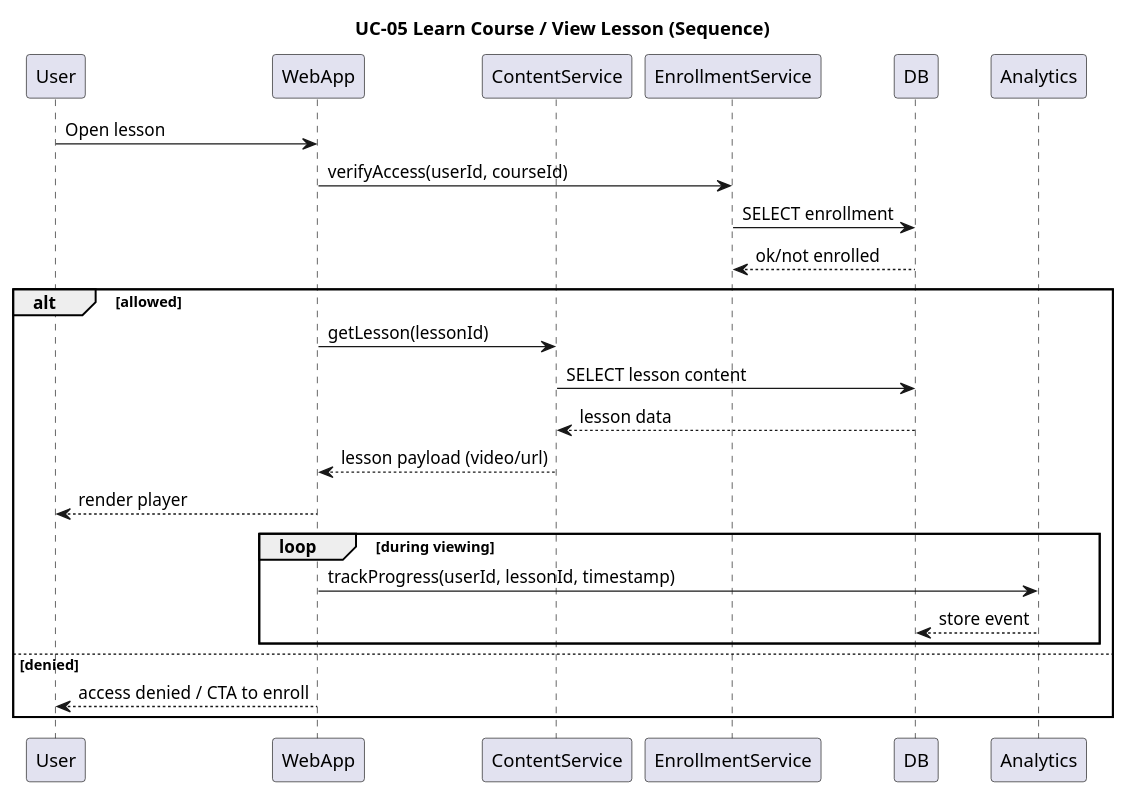
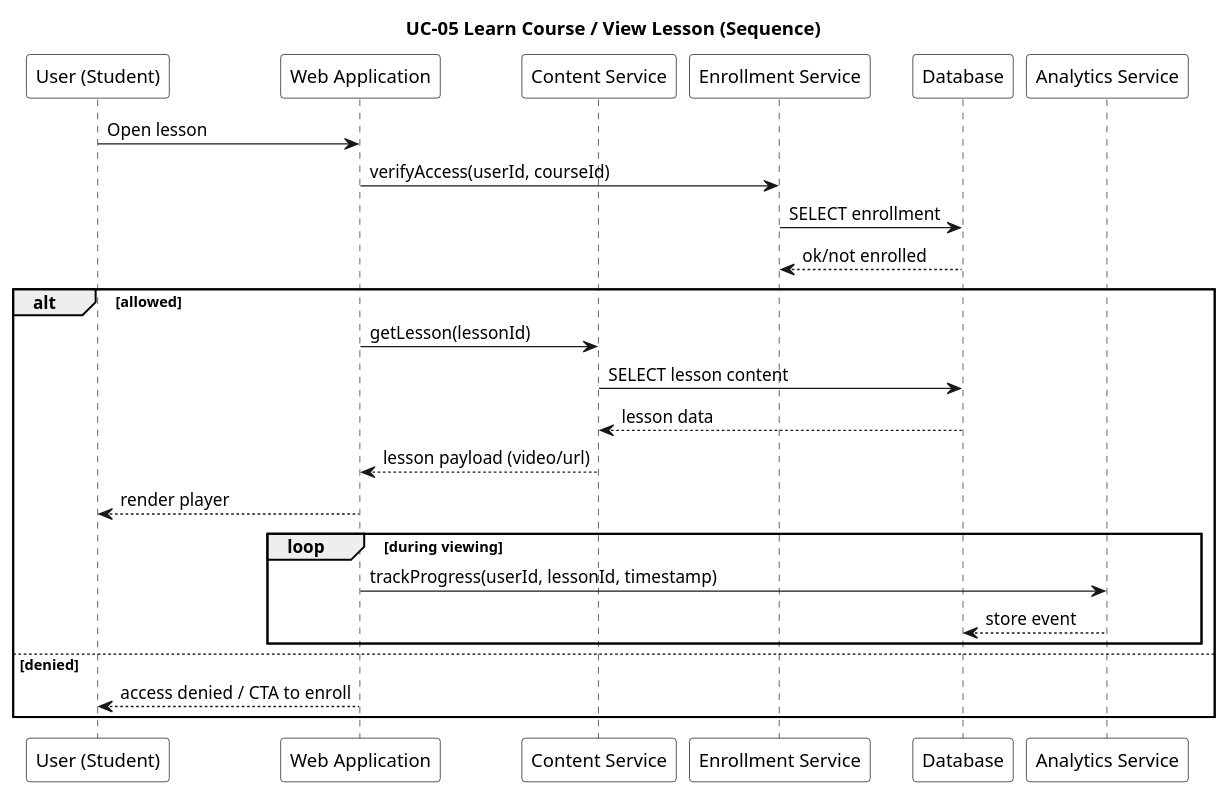
One commit to Huangphoux/uit-limousine changed the diagram in docs/Diagrams/Sequence/5. Learn Course  View Lesson/LearnCourseViewLesson.pu. Above: the diagram before and after it, drawn with PlantUML. The commit also changed 29 other files, not shown here.

```diff
--- a/docs/Diagrams/Sequence/5. Learn Course  View Lesson/LearnCourseViewLesson.pu
+++ b/docs/Diagrams/Sequence/5. Learn Course  View Lesson/LearnCourseViewLesson.pu
@@ -1,27 +1,38 @@
 @startuml
 title UC-05 Learn Course / View Lesson (Sequence)
-participant User
-participant WebApp
-participant ContentService
-participant EnrollmentService
-participant DB
-participant Analytics
+' Cấu hình giao diện để tránh lỗi chữ trắng nền trắng
+skinparam participant {
+    BackgroundColor White
+    BorderColor Black
+    FontColor Black
+}
 
+' Khai báo rõ ràng: "Tên hiển thị trên hình" as ID_dùng_trong_code
+participant "User (Student)" as User
+participant "Web Application" as WebApp
+participant "Content Service" as ContentService
+participant "Enrollment Service" as EnrollmentService
+participant "Database" as DB
+participant "Analytics Service" as Analytics
+
+' Logic giữ nguyên, dùng ID ngắn gọn
 User -> WebApp: Open lesson
 WebApp -> EnrollmentService: verifyAccess(userId, courseId)
 EnrollmentService -> DB: SELECT enrollment
 DB --> EnrollmentService: ok/not enrolled
+
 alt allowed
-WebApp -> ContentService: getLesson(lessonId)
-ContentService -> DB: SELECT lesson content
-DB --> ContentService: lesson data
-ContentService --> WebApp: lesson payload (video/url)
-WebApp --> User: render player
-loop during viewing
-WebApp -> Analytics: trackProgress(userId, lessonId, timestamp)
-Analytics --> DB: store event
-end
+    WebApp -> ContentService: getLesson(lessonId)
+    ContentService -> DB: SELECT lesson content
+    DB --> ContentService: lesson data
+    ContentService --> WebApp: lesson payload (video/url)
+    WebApp --> User: render player
+    
+    loop during viewing
+        WebApp -> Analytics: trackProgress(userId, lessonId, timestamp)
+        Analytics --> DB: store event
+    end
 else denied
-WebApp --> User: access denied / CTA to enroll
+    WebApp --> User: access denied / CTA to enroll
 end
 @enduml
```
